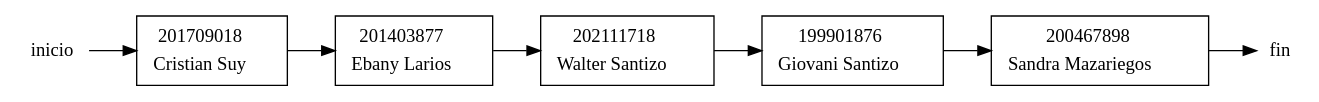
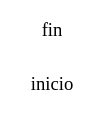
Before and after one commit to walterjav19/EDD_1S2023_PY_202111718: the diagram in EDD_Proyecto1_Fase1/Grafics/cola.dot, drawn with Graphviz. The commit also changed 7 other files, not shown here.

```diff
--- a/EDD_Proyecto1_Fase1/Grafics/cola.dot
+++ b/EDD_Proyecto1_Fase1/Grafics/cola.dot
@@ -1,16 +1,5 @@
 digraph Cola {
 rankdir=LR;
 node [shape=record];
 head [shape=none, label="inicio", style=bold, height=0, width=0];
-tail [shape=none, label="fin", style=bold, height=0, width=0];a201709018 [label=<<TABLE border="0"><TR><TD ALIGN="CENTER">201709018</TD></TR><TR><TD ALIGN="CENTER">Cristian Suy</TD></TR></TABLE>>];
-a201709018 -> a201403877;
-a201403877 [label=<<TABLE border="0"><TR><TD ALIGN="CENTER">201403877</TD></TR><TR><TD ALIGN="CENTER">Ebany Larios</TD></TR></TABLE>>];
-a201403877 -> a202111718;
-a202111718 [label=<<TABLE border="0"><TR><TD ALIGN="CENTER">202111718</TD></TR><TR><TD ALIGN="CENTER">Walter Santizo</TD></TR></TABLE>>];
-a202111718 -> a199901876;
-a199901876 [label=<<TABLE border="0"><TR><TD ALIGN="CENTER">199901876</TD></TR><TR><TD ALIGN="CENTER">Giovani Santizo</TD></TR></TABLE>>];
-a199901876 -> a200467898;
-a200467898 [label=<<TABLE border="0"><TR><TD ALIGN="CENTER">200467898</TD></TR><TR><TD ALIGN="CENTER">Sandra Mazariegos</TD></TR></TABLE>>];
-head -> a201709018;
-a200467898->tail;
-}
+tail [shape=none, label="fin", style=bold, height=0, width=0];}
```
